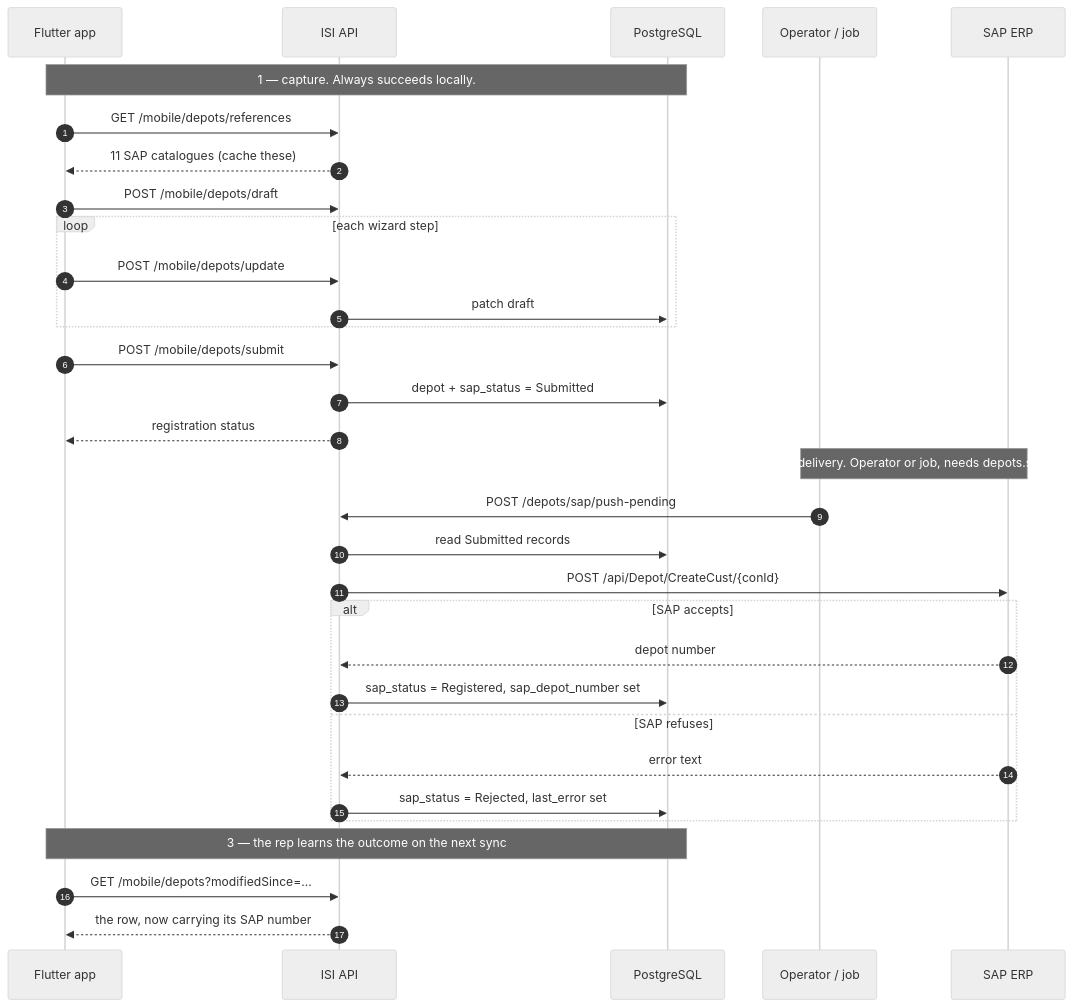
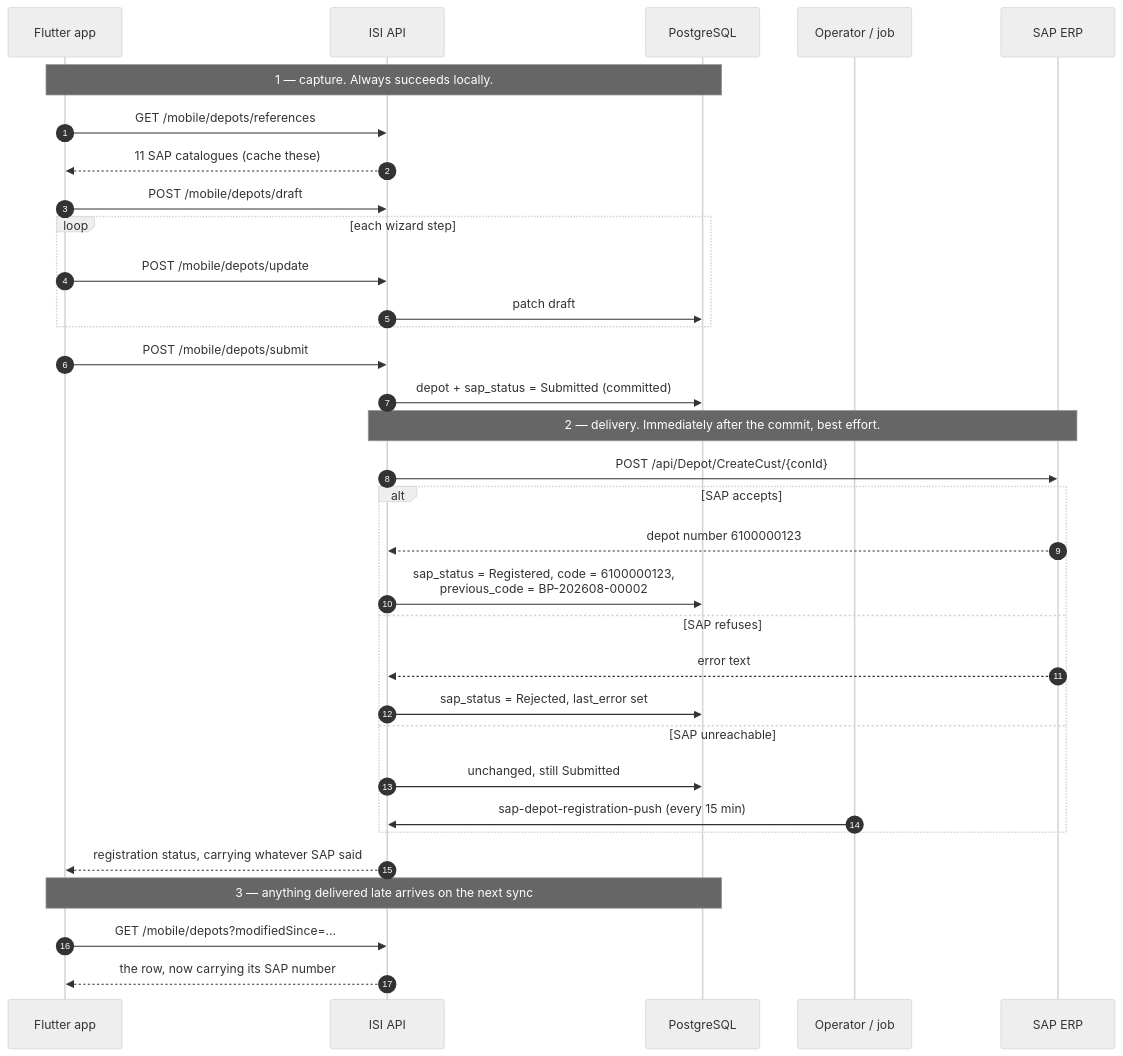
The diagram in docs/feature/depot/mobile/create-depot.md (chandyneat-mobile-isi-group/steelforce_mobile), drawn with Mermaid (neutral theme) before and after one commit. The commit also changed other lines of this file and 1613 other files, not shown here.

````diff
--- a/docs/feature/depot/mobile/create-depot.md
+++ b/docs/feature/depot/mobile/create-depot.md
@@ -270,37 +428,38 @@
 ```mermaid
 sequenceDiagram
     autonumber
     participant App as Flutter app
     participant API as ISI API
     participant DB as PostgreSQL
     participant Op as Operator / job
     participant SAP as SAP ERP
 
     Note over App,DB: 1 — capture. Always succeeds locally.
     App->>API: GET /mobile/depots/references
     API-->>App: 11 SAP catalogues (cache these)
     App->>API: POST /mobile/depots/draft
     loop each wizard step
         App->>API: POST /mobile/depots/update
         API->>DB: patch draft
     end
     App->>API: POST /mobile/depots/submit
-    API->>DB: depot + sap_status = Submitted
-    API-->>App: registration status
+    API->>DB: depot + sap_status = Submitted (committed)
 
-    Note over Op,SAP: 2 — delivery. Operator or job, needs depots.sync.
-    Op->>API: POST /depots/sap/push-pending
-    API->>DB: read Submitted records
+    Note over API,SAP: 2 — delivery. Immediately after the commit, best effort.
     API->>SAP: POST /api/Depot/CreateCust/{conId}
     alt SAP accepts
-        SAP-->>API: depot number
-        API->>DB: sap_status = Registered, sap_depot_number set
+        SAP-->>API: depot number 6100000123
+        API->>DB: sap_status = Registered, code = 6100000123,<br/>previous_code = BP-202608-00002
     else SAP refuses
         SAP-->>API: error text
         API->>DB: sap_status = Rejected, last_error set
+    else SAP unreachable
+        API->>DB: unchanged, still Submitted
+        Op->>API: sap-depot-registration-push (every 15 min)
     end
+    API-->>App: registration status, carrying whatever SAP said
 
-    Note over App,DB: 3 — the rep learns the outcome on the next sync
+    Note over App,DB: 3 — anything delivered late arrives on the next sync
     App->>API: GET /mobile/depots?modifiedSince=…
     API-->>App: the row, now carrying its SAP number
 ```
````
